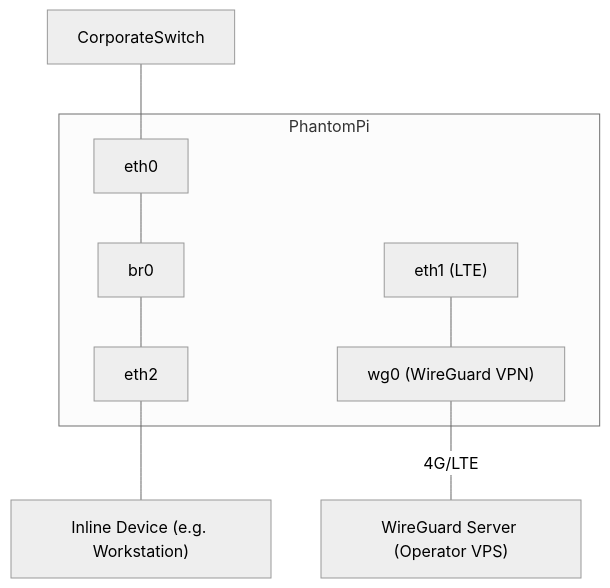
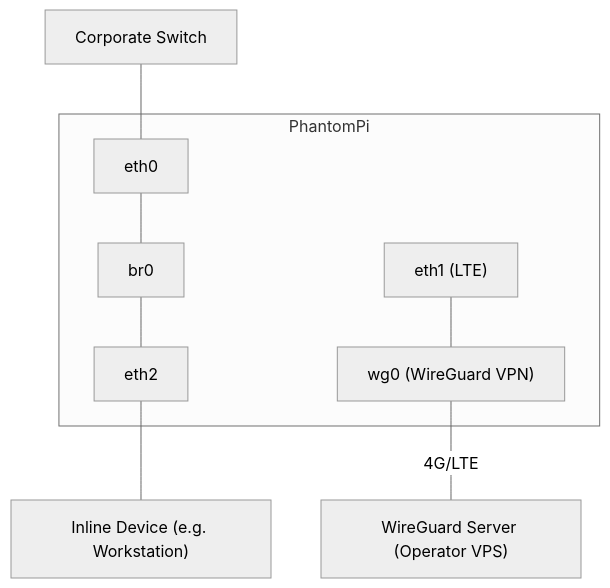
Before and after one commit to 1r0ncut/PhantomPi: the diagram in README.md, drawn with Mermaid (neutral theme).

Commit message:
Flowchart correction in README

````diff
--- a/README.md
+++ b/README.md
@@ -117,20 +117,20 @@
 ```mermaid
 flowchart TB
     WG["WireGuard Server (Operator VPS)"]
     
     subgraph PhantomPi
         eth0[eth0]
         br0[br0]
         eth1["eth1 (LTE)"]
         wg0["wg0 (WireGuard VPN)"]
         eth2[eth2]
         
         eth0 --- br0
         br0 --- eth2
         eth1 --- wg0
     end
     
-    SW["CorporateSwitch"] --- eth0
+    SW["Corporate Switch"] --- eth0
     eth2 --- DEV["Inline Device (e.g. Workstation)"]
     wg0 ---|4G/LTE| WG
 ```
````
